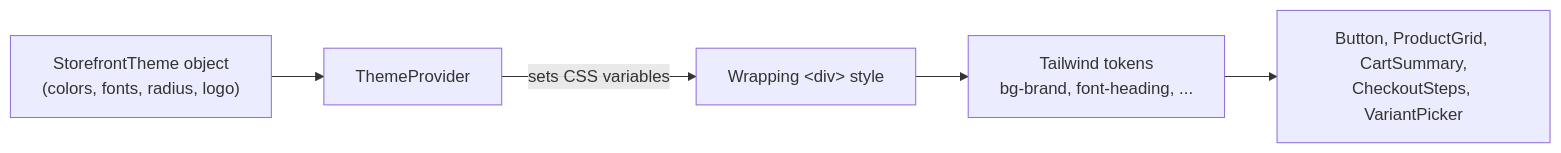
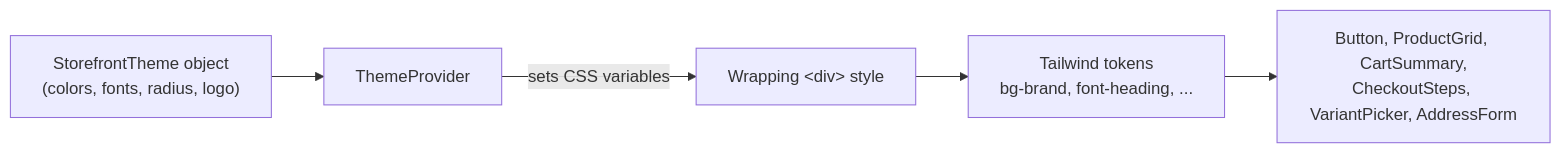
One commit to beautifulforceOrg/beautifulforce changed the fifth of 12 diagrams in docs/architecture.md. Above: the diagram before and after it, drawn with Mermaid. The commit also changed other lines of this file and 31 other files, not shown here.

````diff
--- a/docs/architecture.md
+++ b/docs/architecture.md
@@ -221,7 +235,7 @@
 ```mermaid
 graph LR
   Theme["StorefrontTheme object\n(colors, fonts, radius, logo)"] --> Provider[ThemeProvider]
   Provider -->|sets CSS variables| Wrapper["Wrapping &lt;div&gt; style"]
   Wrapper --> Tailwind["Tailwind tokens\nbg-brand, font-heading, ..."]
-  Tailwind --> Components["Button, ProductGrid, CartSummary,\nCheckoutSteps, VariantPicker"]
+  Tailwind --> Components["Button, ProductGrid, CartSummary,\nCheckoutSteps, VariantPicker, AddressForm"]
 ```
````
